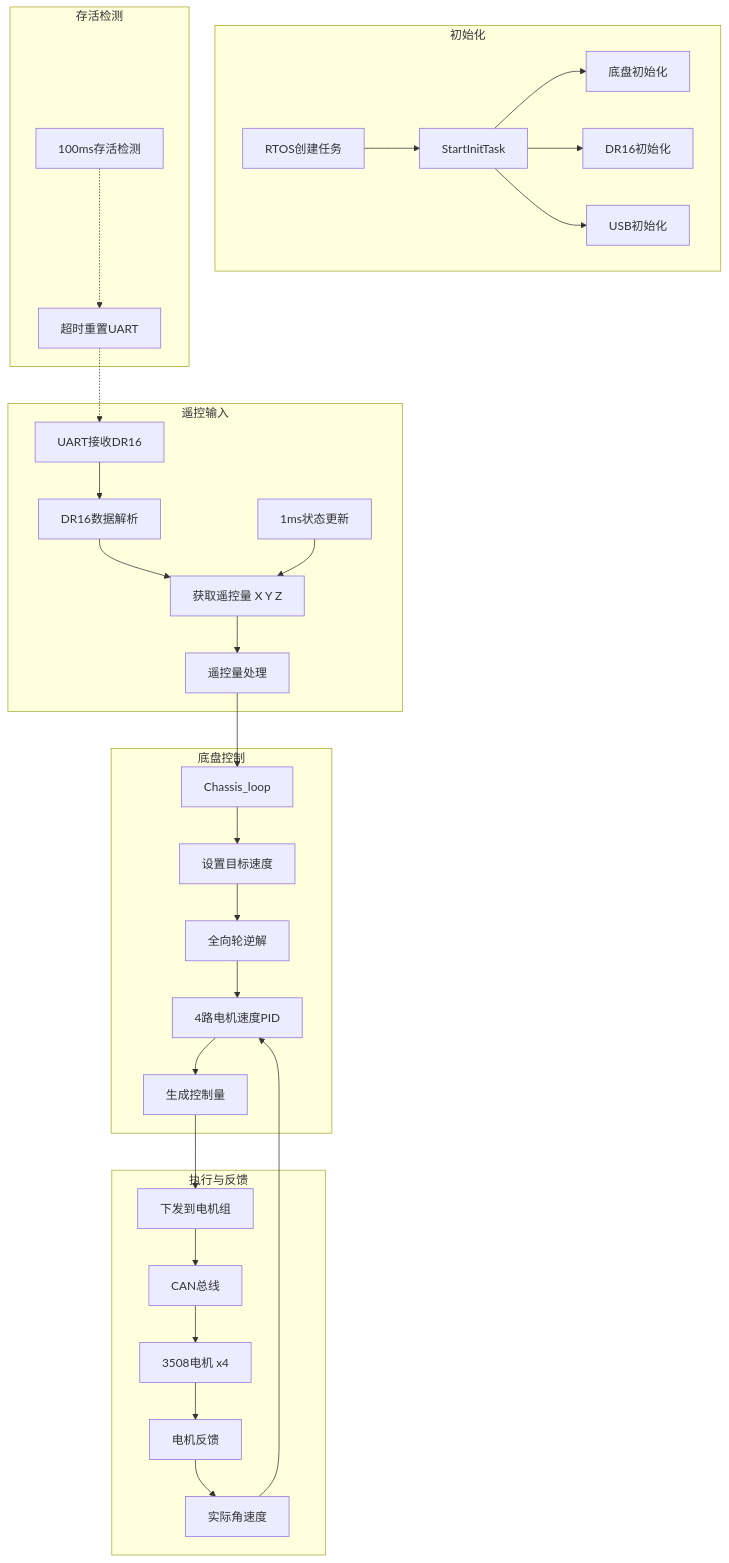
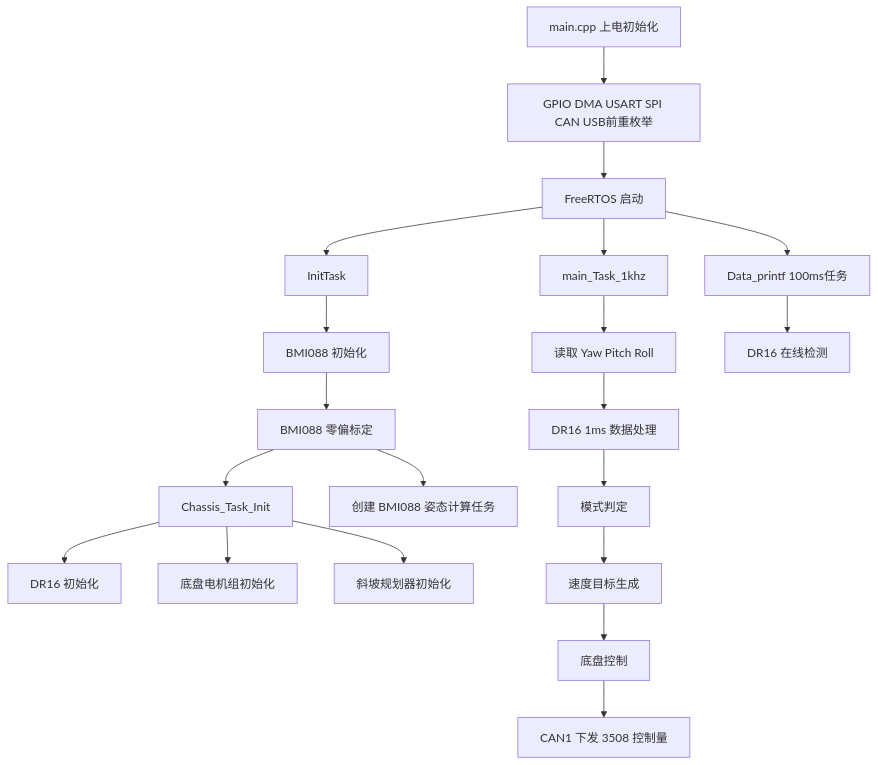
One commit to yxn186/STM32_Chassis_Project changed the diagram in README.md. Above: the diagram before and after it, drawn with Mermaid. The commit also changed other lines of this file and 3 other files, not shown here.

````diff
--- a/README.md
+++ b/README.md
@@ -7,63 +29,22 @@
 ```mermaid
-
 flowchart TD
-
-    subgraph Init[初始化]
-        A[RTOS创建任务]
-        B[StartInitTask]
-        C[底盘初始化]
-        D[DR16初始化]
-        E[USB初始化]
-        A --> B
-        B --> C
-        B --> D
-        B --> E
-    end
-
-    subgraph Input[遥控输入]
-        F[UART接收DR16]
-        G[DR16数据解析]
-        H[1ms状态更新]
-        I[获取遥控量 X Y Z]
-        J[遥控量处理]
-        F --> G
-        G --> I
-        H --> I
-        I --> J
-    end
-
-    subgraph Control[底盘控制]
-        K[Chassis_loop]
-        L[设置目标速度]
-        M[全向轮逆解]
-        N[4路电机速度PID]
-        O[生成控制量]
-        J --> K
-        K --> L
-        L --> M
-        M --> N
-        N --> O
-    end
-
-    subgraph Motor[执行与反馈]
-        P[下发到电机组]
-        Q[CAN总线]
-        R[3508电机 x4]
-        S[电机反馈]
-        T[实际角速度]
-        O --> P
-        P --> Q
-        Q --> R
-        R --> S
-        S --> T
-        T --> N
-    end
-
-    subgraph Safety[存活检测]
-        U[100ms存活检测]
-        V[超时重置UART]
-        U -.-> V
-        V -.-> F
-    end
-
+    A[main.cpp 上电初始化] --> B[GPIO DMA USART SPI CAN USB前重枚举]
+    B --> C[FreeRTOS 启动]
+    C --> D[InitTask]
+    D --> E[BMI088 初始化]
+    E --> F[BMI088 零偏标定]
+    F --> G[Chassis_Task_Init]
+    G --> H[DR16 初始化]
+    G --> I[底盘电机组初始化]
+    G --> J[斜坡规划器初始化]
+    F --> K[创建 BMI088 姿态计算任务]
+    C --> L[main_Task_1khz]
+    L --> M[读取 Yaw Pitch Roll]
+    M --> N[DR16 1ms 数据处理]
+    N --> O[模式判定]
+    O --> P[速度目标生成]
+    P --> Q[底盘控制]
+    Q --> R[CAN1 下发 3508 控制量]
+    C --> S[Data_printf 100ms任务]
+    S --> T[DR16 在线检测]
 ```
````
